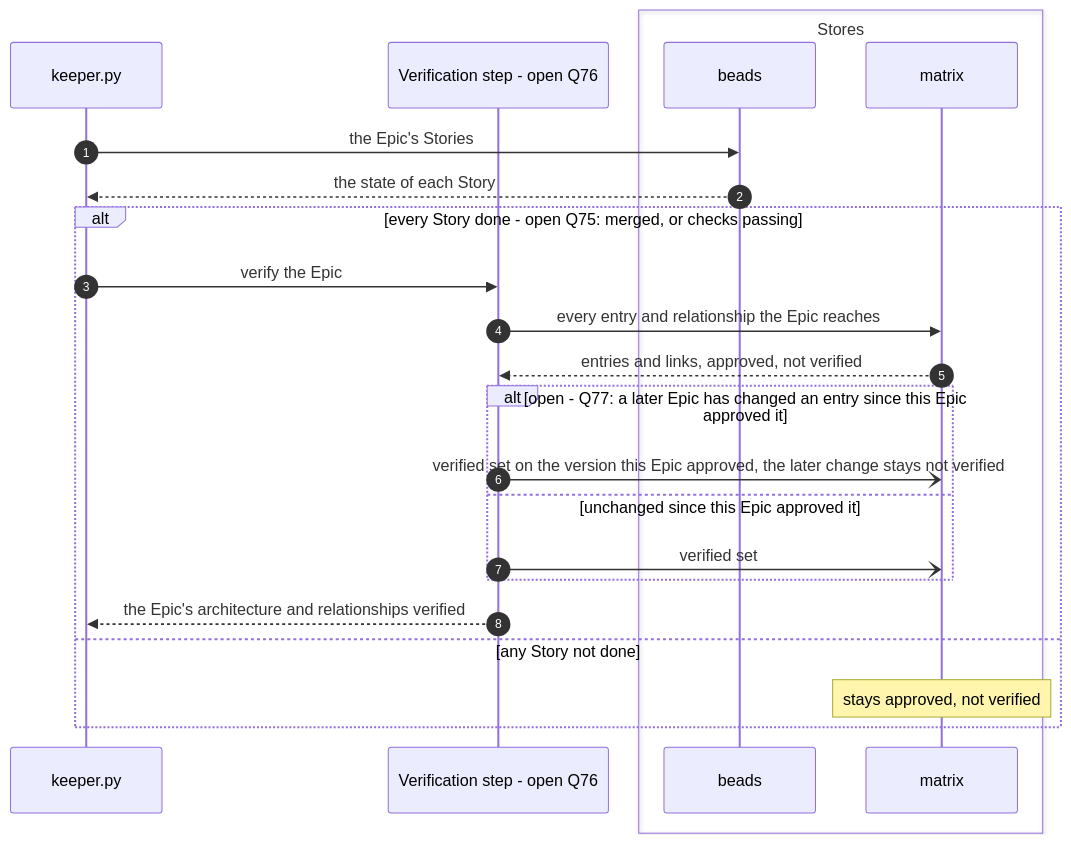
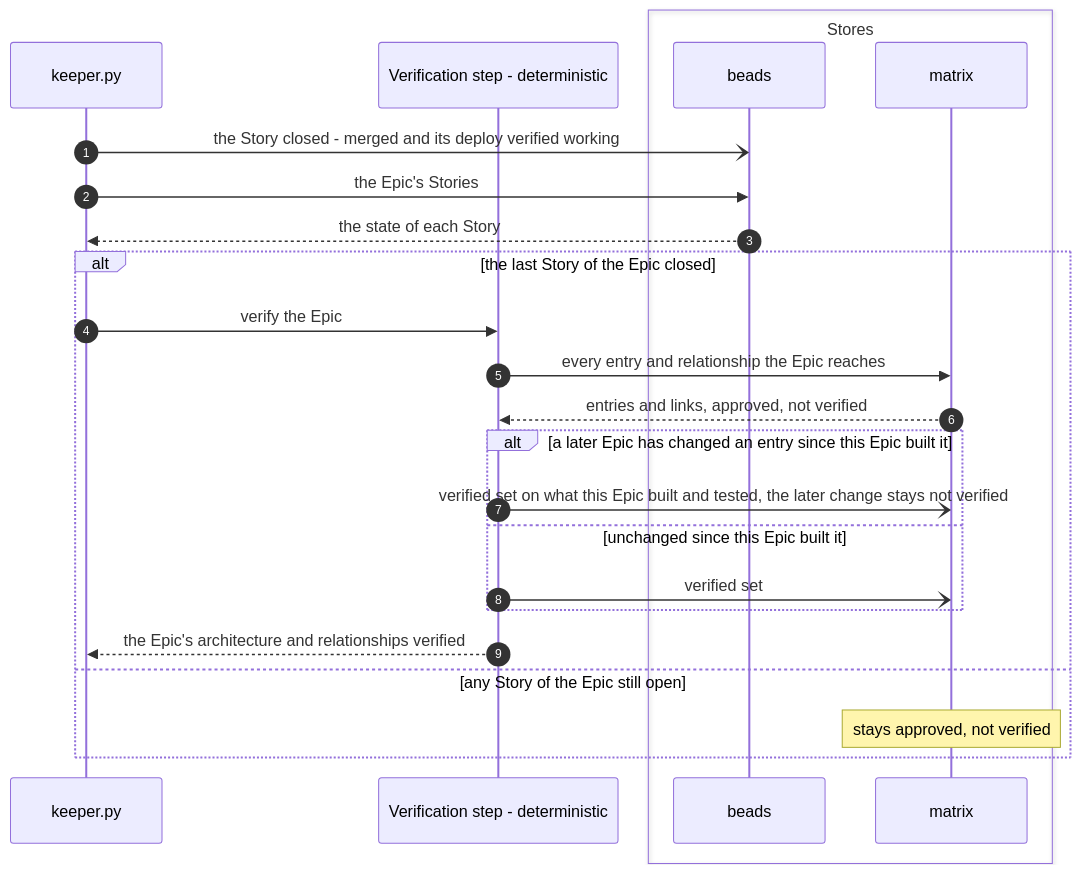
The seventh of 9 diagrams in plugins/agent-teams-workforce/blueprint/design/pipelines-deploy.md (mark-satterfield/toolset), drawn with Mermaid before and after one commit. The commit also changed other lines of this file and 2 other files, not shown here.

First line of the commit message:
docs(blueprint): decide the driver, PRD and deploy questions that are not the owner's

````diff
--- a/plugins/agent-teams-workforce/blueprint/design/pipelines-deploy.md
+++ b/plugins/agent-teams-workforce/blueprint/design/pipelines-deploy.md
@@ -427,26 +479,27 @@
 ```mermaid
 sequenceDiagram
     autonumber
     participant K as keeper.py
-    participant VS as Verification step - open Q76
+    participant VS as Verification step - deterministic
     box Stores
         participant BD as beads
         participant MX as matrix
     end
 
+    K-)BD: the Story closed - merged and its deploy verified working
     K->>BD: the Epic's Stories
     BD-->>K: the state of each Story
-    alt every Story done - open Q75: merged, or checks passing
+    alt the last Story of the Epic closed
         K->>VS: verify the Epic
         VS->>MX: every entry and relationship the Epic reaches
         MX-->>VS: entries and links, approved, not verified
-        alt open - Q77: a later Epic has changed an entry since this Epic approved it
-            VS-)MX: verified set on the version this Epic approved, the later change stays not verified
-        else unchanged since this Epic approved it
+        alt a later Epic has changed an entry since this Epic built it
+            VS-)MX: verified set on what this Epic built and tested, the later change stays not verified
+        else unchanged since this Epic built it
             VS-)MX: verified set
         end
         VS-->>K: the Epic's architecture and relationships verified
-    else any Story not done
+    else any Story of the Epic still open
         Note over MX: stays approved, not verified
     end
 ```
````
